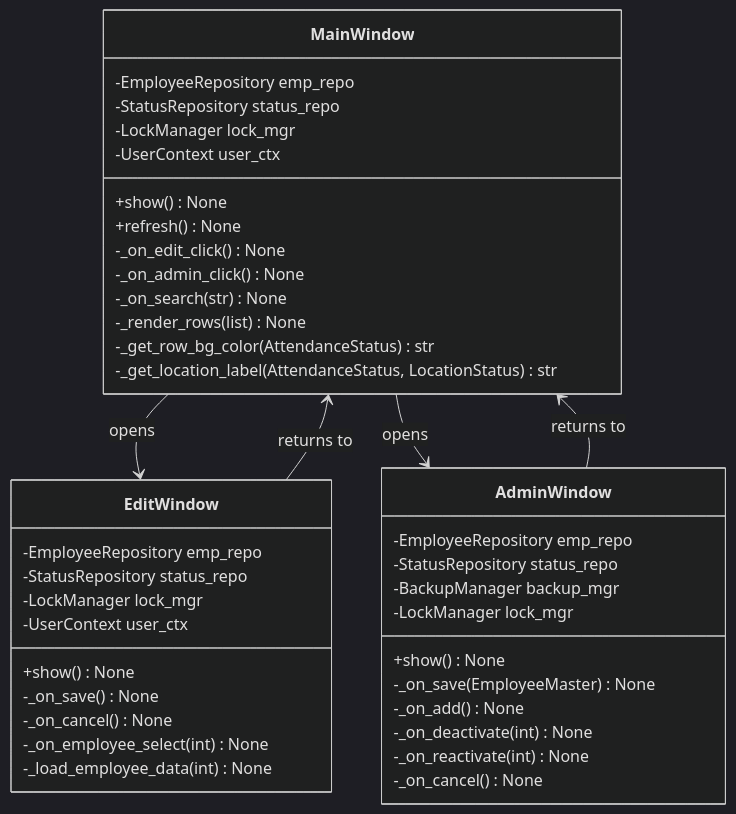
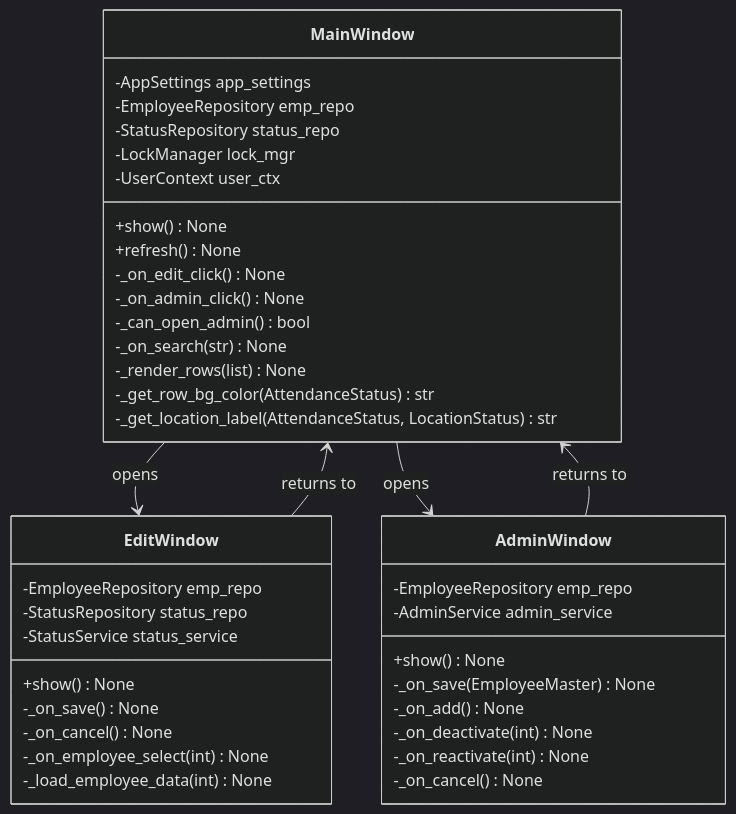
The fourth of 5 diagrams in CLASS.md (garyohosu/koudouhyo), drawn with Mermaid (dark theme) before and after one commit. The commit also changed other lines of this file and 2 other files, not shown here.

````diff
--- a/CLASS.md
+++ b/CLASS.md
@@ -236,47 +259,46 @@
 ```mermaid
 classDiagram
     class MainWindow {
+        -AppSettings app_settings
         -EmployeeRepository emp_repo
         -StatusRepository status_repo
         -LockManager lock_mgr
         -UserContext user_ctx
         +show() None
         +refresh() None
         -_on_edit_click() None
         -_on_admin_click() None
+        -_can_open_admin() bool
         -_on_search(str) None
         -_render_rows(list) None
         -_get_row_bg_color(AttendanceStatus) str
         -_get_location_label(AttendanceStatus, LocationStatus) str
     }
 
     class EditWindow {
         -EmployeeRepository emp_repo
         -StatusRepository status_repo
-        -LockManager lock_mgr
-        -UserContext user_ctx
+        -StatusService status_service
         +show() None
         -_on_save() None
         -_on_cancel() None
         -_on_employee_select(int) None
         -_load_employee_data(int) None
     }
 
     class AdminWindow {
         -EmployeeRepository emp_repo
-        -StatusRepository status_repo
-        -BackupManager backup_mgr
-        -LockManager lock_mgr
+        -AdminService admin_service
         +show() None
         -_on_save(EmployeeMaster) None
         -_on_add() None
         -_on_deactivate(int) None
         -_on_reactivate(int) None
         -_on_cancel() None
     }
 
     MainWindow --> EditWindow : opens
     MainWindow --> AdminWindow : opens
     EditWindow --> MainWindow : returns to
     AdminWindow --> MainWindow : returns to
 ```
````
